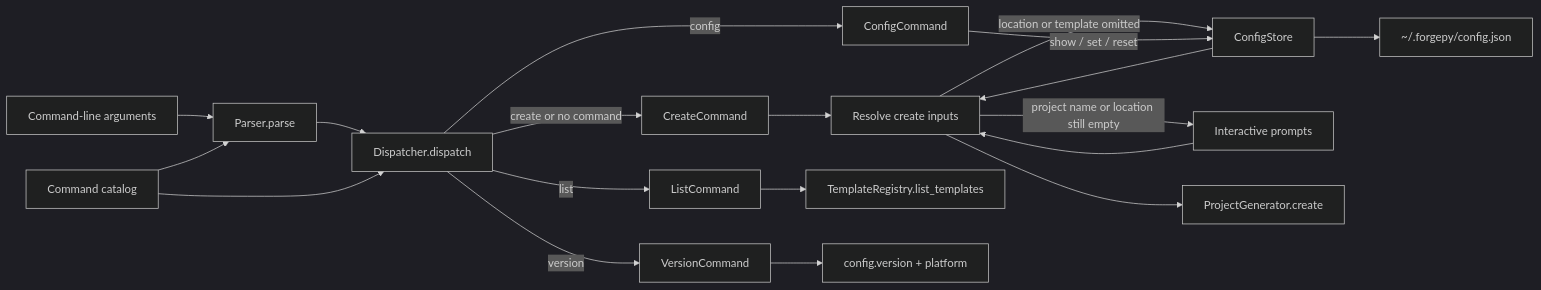
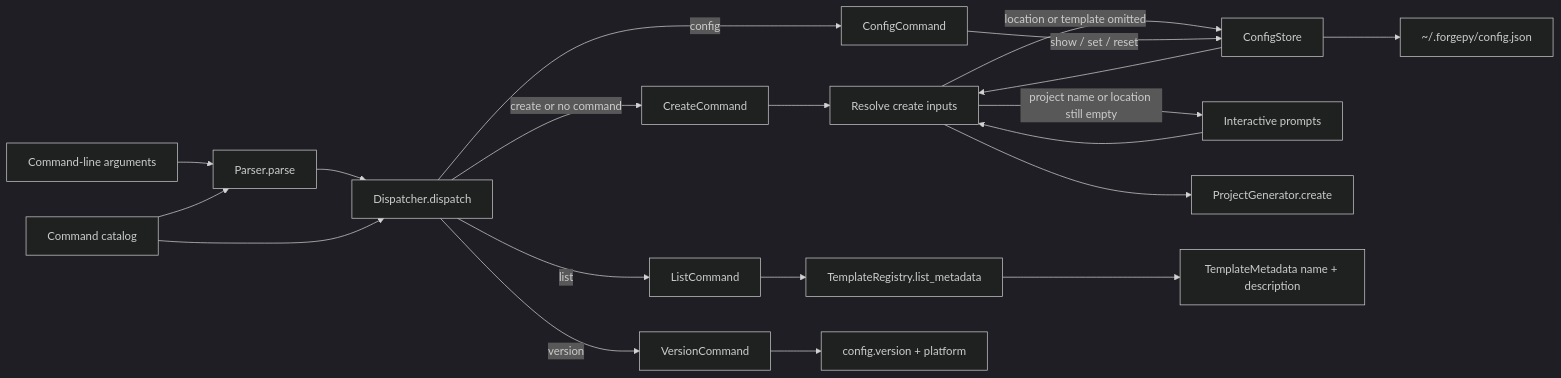
Before and after one commit to rendyzou89/ForgePy: the third of 4 diagrams in ARCHITECTURE.md, drawn with Mermaid (dark theme). The commit also changed other lines of this file and 11 other files, not shown here.

Commit message:
feat(template): introduce template metadata foundation

````diff
--- a/ARCHITECTURE.md
+++ b/ARCHITECTURE.md
@@ -168,21 +181,22 @@
 ```mermaid
 flowchart LR
     Args[Command-line arguments] --> Parse[Parser.parse]
     Catalog[Command catalog] --> Parse
     Parse --> Dispatch[Dispatcher.dispatch]
     Catalog --> Dispatch
     Dispatch -->|create or no command| Create[CreateCommand]
     Dispatch -->|list| List[ListCommand]
     Dispatch -->|version| Version[VersionCommand]
     Dispatch -->|config| Config[ConfigCommand]
     Create --> Resolve[Resolve create inputs]
     Resolve -->|location or template omitted| Store[ConfigStore]
     Store --> Resolve
     Resolve -->|project name or location still empty| Prompt[Interactive prompts]
     Prompt --> Resolve
     Resolve --> Generator[ProjectGenerator.create]
-    List --> Registry[TemplateRegistry.list_templates]
+    List --> Registry[TemplateRegistry.list_metadata]
+    Registry --> TemplateInfo[TemplateMetadata name + description]
     Version --> Metadata[config.version + platform]
     Config -->|show / set / reset| Store[ConfigStore]
     Store --> UserFile[~/.forgepy/config.json]
 ```
````
